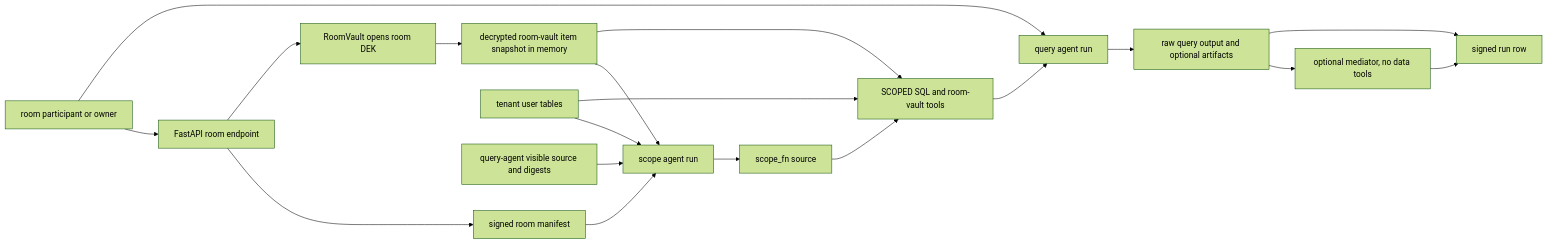
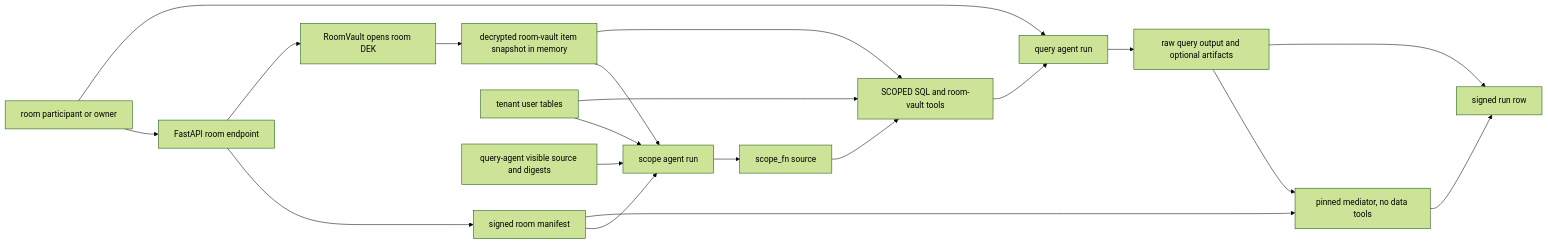
One commit to Account-Link/hivemind-core changed the first of 2 diagrams in ARCHITECTURE.md. Above: the diagram before and after it, drawn with Mermaid (forest theme). The commit also changed other lines of this file and 12 other files, not shown here.

````diff
--- a/ARCHITECTURE.md
+++ b/ARCHITECTURE.md
@@ -247,24 +250,25 @@
 ```mermaid
 flowchart LR
     Client["room participant or owner"] --> Server["FastAPI room endpoint"]
     Server --> Manifest["signed room manifest"]
     Server --> Vault["RoomVault opens room DEK"]
     Vault --> Snapshot["decrypted room-vault item snapshot in memory"]
 
     Manifest --> ScopeRun["scope agent run"]
     Snapshot --> ScopeRun
     UserDB["tenant user tables"] --> ScopeRun
     QueryFiles["query-agent visible source and digests"] --> ScopeRun
 
     ScopeRun --> ScopeFn["scope_fn source"]
     ScopeFn --> ScopedTools["SCOPED SQL and room-vault tools"]
     Snapshot --> ScopedTools
     UserDB --> ScopedTools
 
     ScopedTools --> QueryRun["query agent run"]
     Client --> QueryRun
     QueryRun --> RawOutput["raw query output and optional artifacts"]
-    RawOutput --> Mediator["optional mediator, no data tools"]
+    Manifest --> Mediator["pinned mediator, no data tools"]
+    RawOutput --> Mediator
     Mediator --> RunRow["signed run row"]
     RawOutput --> RunRow
 ```
````
